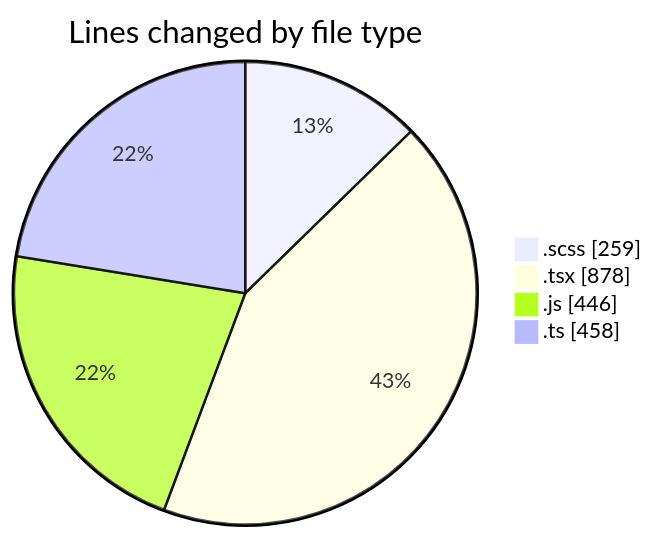
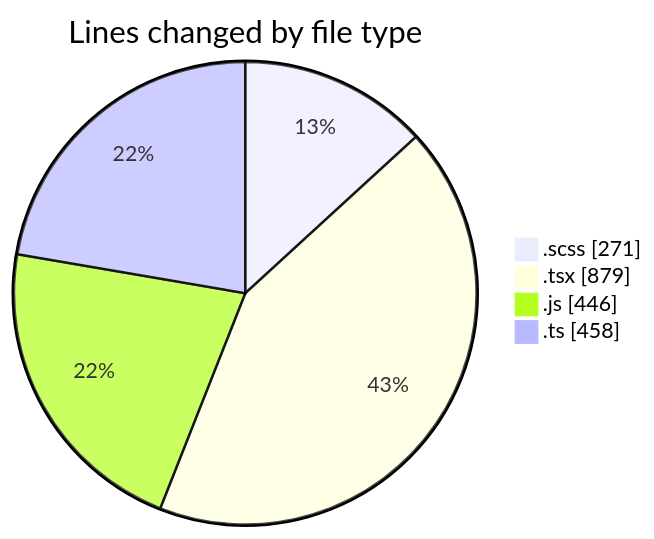
Before and after one commit to momahboobian/code-tracking: the first of 2 diagrams in 2025-03-14/cda/README.md, drawn with Mermaid. The commit also changed other lines of this file and 1 other file, not shown here.

````diff
--- a/2025-03-14/cda/README.md
+++ b/2025-03-14/cda/README.md
@@ -34,8 +34,8 @@
 ```mermaid
 pie showData
 title Lines changed by file type
-".scss" : 259
-".tsx" : 878
+".scss" : 271
+".tsx" : 879
 ".js" : 446
 ".ts" : 458
 ```
````
